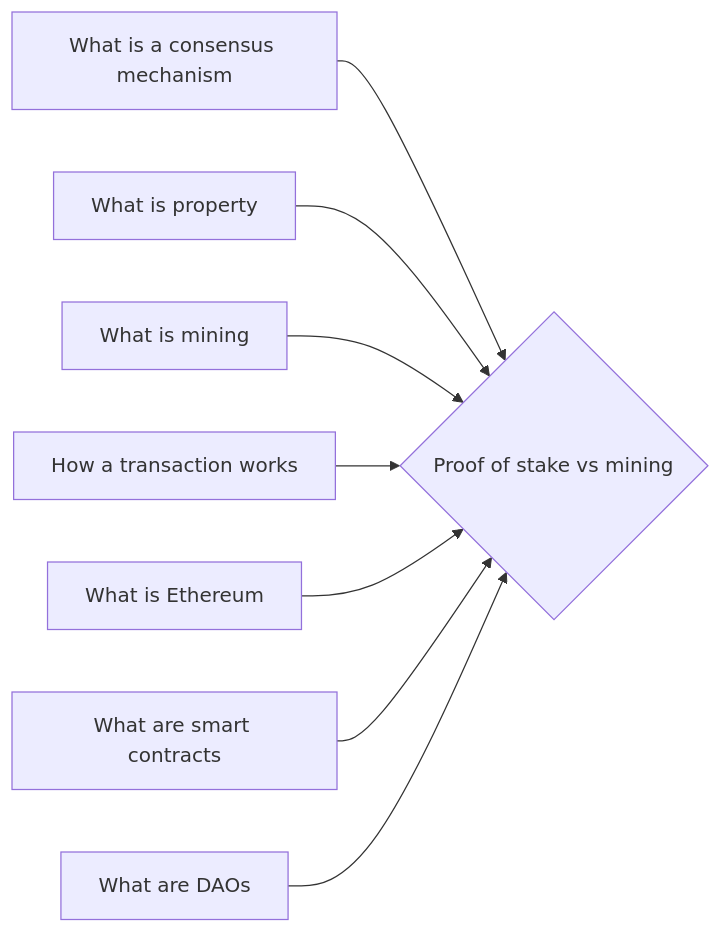
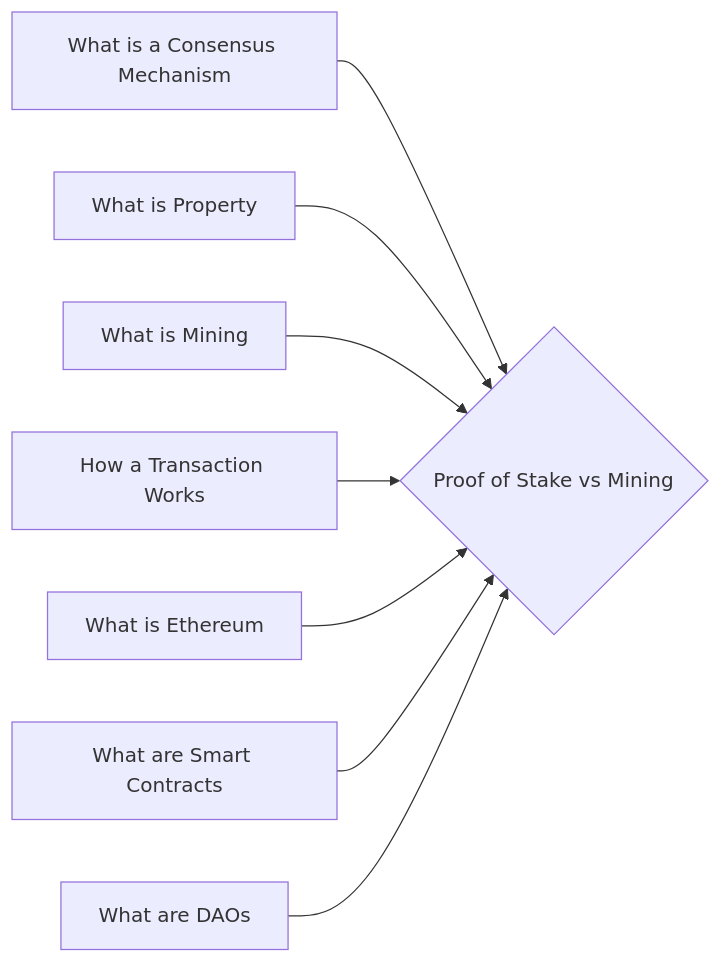
The diagram in notes/Proof_of_Stake_vs_Mining.md (lpurdy01/crypto-knowledge-map), drawn with Mermaid before and after one commit. The commit also changed 50 other files, not shown here.

````diff
--- a/notes/Proof_of_Stake_vs_Mining.md
+++ b/notes/Proof_of_Stake_vs_Mining.md
@@ -24,10 +24,10 @@
 ```mermaid
 graph LR
-1["What is a consensus mechanism"]-->0{"Proof of stake vs mining"}
-2["What is property"]-->0{"Proof of stake vs mining"}
-3["What is mining"]-->0{"Proof of stake vs mining"}
-4["How a transaction works"]-->0{"Proof of stake vs mining"}
-5["What is Ethereum"]-->0{"Proof of stake vs mining"}
-6["What are smart contracts"]-->0{"Proof of stake vs mining"}
-7["What are DAOs"]-->0{"Proof of stake vs mining"}
+1["What is a Consensus Mechanism"]-->0{"Proof of Stake vs Mining"}
+2["What is Property"]-->0{"Proof of Stake vs Mining"}
+3["What is Mining"]-->0{"Proof of Stake vs Mining"}
+4["How a Transaction Works"]-->0{"Proof of Stake vs Mining"}
+5["What is Ethereum"]-->0{"Proof of Stake vs Mining"}
+6["What are Smart Contracts"]-->0{"Proof of Stake vs Mining"}
+7["What are DAOs"]-->0{"Proof of Stake vs Mining"}
 ```
````
